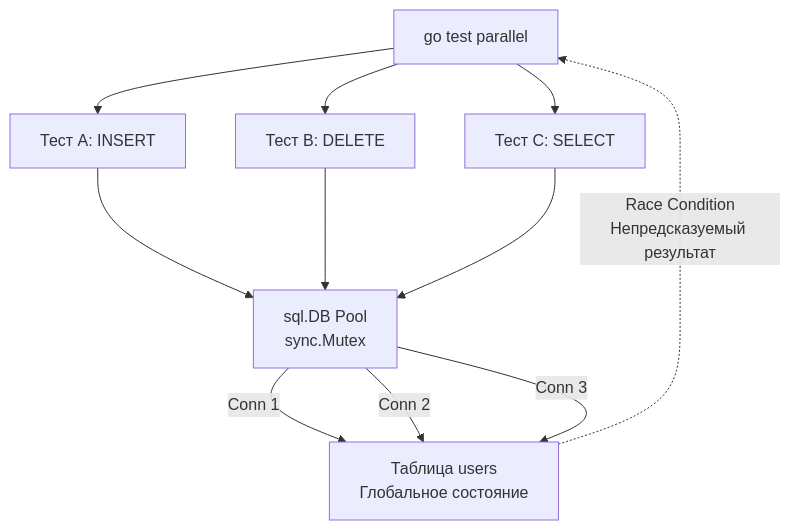
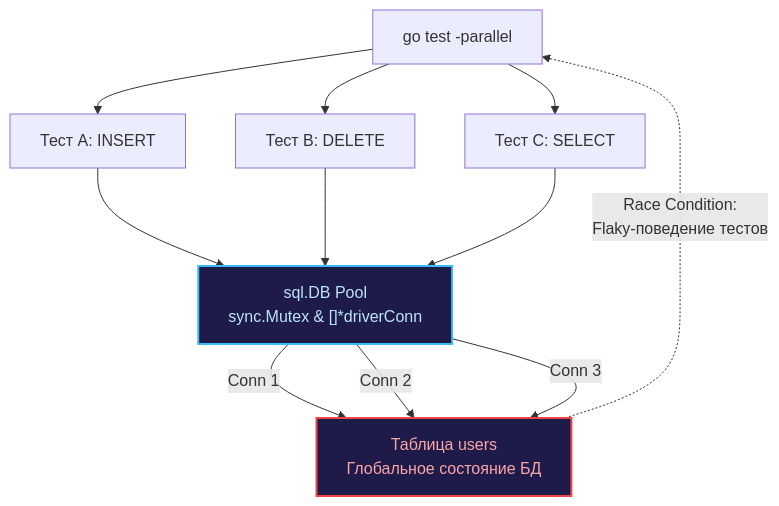
Before and after one commit to UnrealTemplier/go-textbook: the diagram in sources/15. Тестирование в Go (QA & Testing)/05. Интеграционные тесты/2. Работа с базой данных в тестах.md, drawn with Mermaid. The commit also changed other lines of this file, not shown here.

````diff
--- a/sources/15. Тестирование в Go (QA & Testing)/05. Интеграционные тесты/2. Работа с базой данных в тестах.md
+++ b/sources/15. Тестирование в Go (QA & Testing)/05. Интеграционные тесты/2. Работа с базой данных в тестах.md
@@ -22,16 +25,19 @@
 ```mermaid
 flowchart TD
-    A["go test parallel"] --> B["Тест A: INSERT"]
+    A["go test -parallel"] --> B["Тест A: INSERT"]
     A --> C["Тест B: DELETE"]
     A --> D["Тест C: SELECT"]
     
-    B --> E["sql.DB Pool<br>sync.Mutex"]
+    B --> E["sql.DB Pool<br/>sync.Mutex & []*driverConn"]
     C --> E
     D --> E
     
-    E -->|"Conn 1"| F["Таблица users<br>Глобальное состояние"]
+    E -->|"Conn 1"| F["Таблица users<br/>Глобальное состояние БД"]
     E -->|"Conn 2"| F
     E -->|"Conn 3"| F
     
-    F -.->|"Race Condition<br>Непредсказуемый результат"| A
+    F -.->|"Race Condition:<br/>Flaky-поведение тестов"| A
+    
+    style E fill:#1e1b4b,stroke:#38bdf8,stroke-width:2px,color:#bae6fd
+    style F fill:#1e1b4b,stroke:#ef4444,stroke-width:2px,color:#fca5a5
 ```
````
